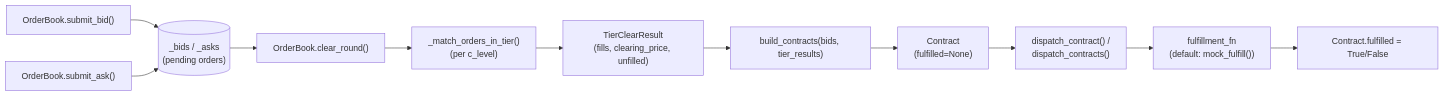
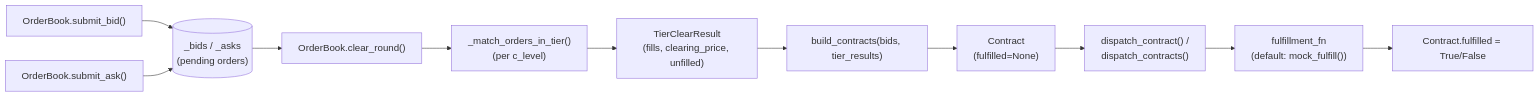
One commit to gpsaggese-org/umd_classes changed the third of 3 diagrams in research/Noesis/architecture.md. Above: the diagram before and after it, drawn with Mermaid. The commit also changed other lines of this file and 7 other files, not shown here.

````diff
--- a/research/Noesis/architecture.md
+++ b/research/Noesis/architecture.md
@@ -121,13 +128,14 @@
 ```mermaid
+%%{init: {"themeVariables": {"fontSize": "18px"}, "flowchart": {"nodeSpacing": 45, "rankSpacing": 55}}}%%
 flowchart LR
-    submit_bid["OrderBook.submit_bid()"] --> book[("_bids / _asks\n(pending orders)")]
+    submit_bid["OrderBook.submit_bid()"] --> book[("_bids / _asks<br/>(pending orders)")]
     submit_ask["OrderBook.submit_ask()"] --> book
     book --> clear_round["OrderBook.clear_round()"]
-    clear_round --> match["_match_orders_in_tier()\n(per c_level)"]
-    match --> tier_result["TierClearResult\n(fills, clearing_price, unfilled)"]
+    clear_round --> match["_match_orders_in_tier()<br/>(per c_level)"]
+    match --> tier_result["TierClearResult<br/>(fills, clearing_price, unfilled)"]
     tier_result --> build["build_contracts(bids, tier_results)"]
-    build --> contract["Contract\n(fulfilled=None)"]
-    contract --> dispatch["dispatch_contract() /\ndispatch_contracts()"]
-    dispatch --> fulfill["fulfillment_fn\n(default: mock_fulfill())"]
+    build --> contract["Contract<br/>(fulfilled=None)"]
+    contract --> dispatch["dispatch_contract() /<br/>dispatch_contracts()"]
+    dispatch --> fulfill["fulfillment_fn<br/>(default: mock_fulfill())"]
     fulfill --> logged["Contract.fulfilled = True/False"]
 ```
````
